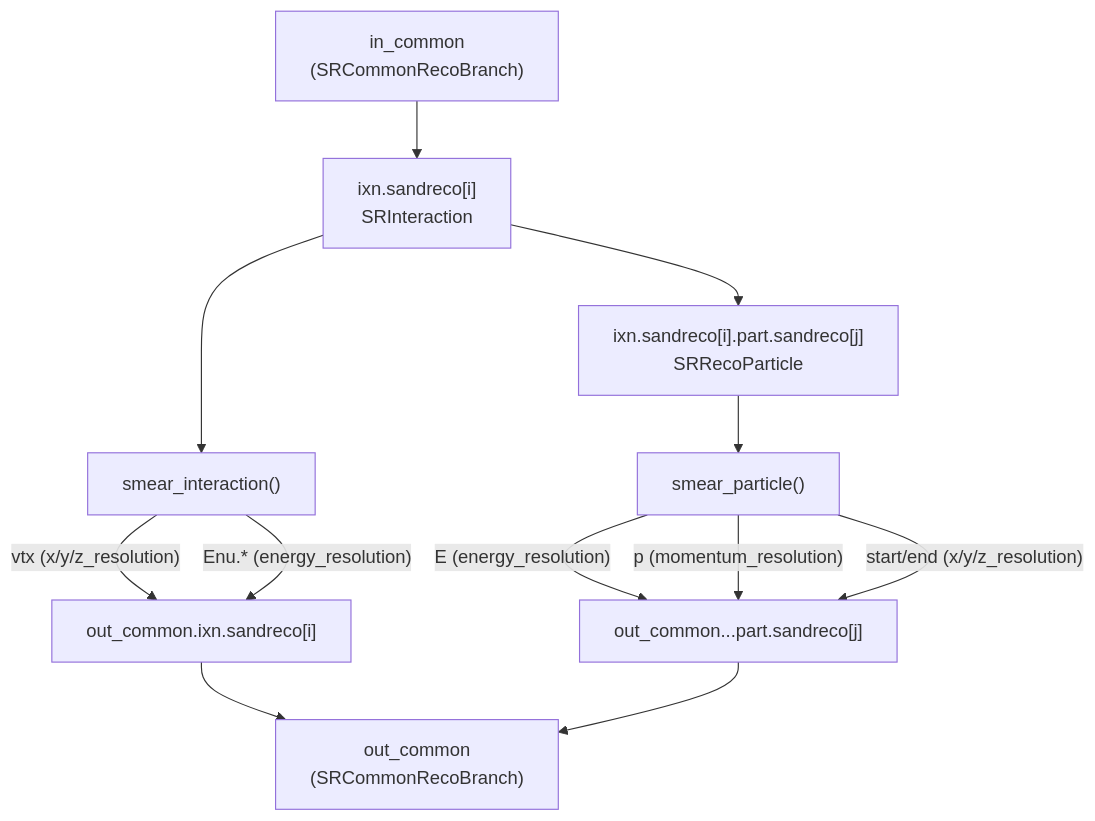
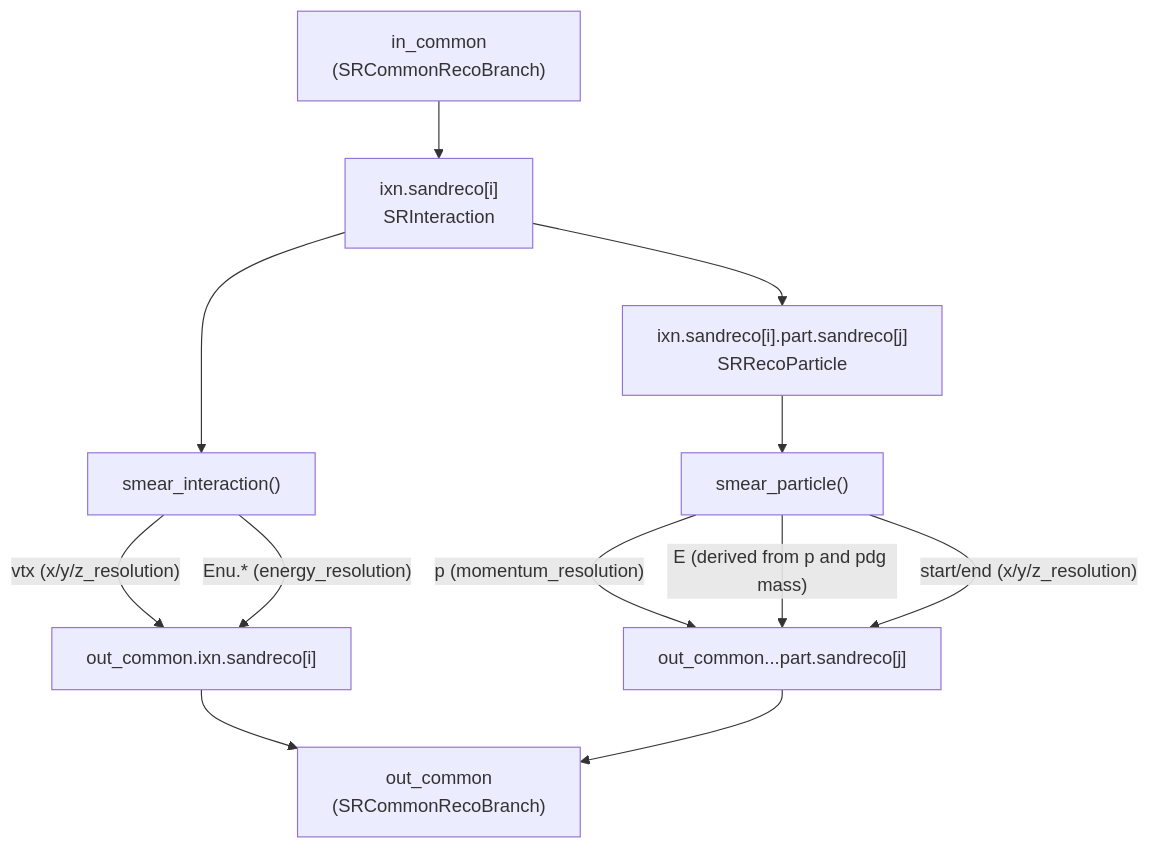
Before and after one commit to DUNE/sandreco-experimental: the diagram in src/processes/common/gauss_smearing/README.md, drawn with Mermaid. The commit also changed other lines of this file and 4 other files, not shown here.

````diff
--- a/src/processes/common/gauss_smearing/README.md
+++ b/src/processes/common/gauss_smearing/README.md
@@ -9,20 +9,20 @@
 ```mermaid
 flowchart TB
     in["in_common
 (SRCommonRecoBranch)"] --> ixn["ixn.sandreco[i]
 SRInteraction"]
     ixn --> smi["smear_interaction()"]
     smi -->|"vtx (x/y/z_resolution)"| outixn["out_common.ixn.sandreco[i]"]
     smi -->|"Enu.* (energy_resolution)"| outixn
 
     ixn --> part["ixn.sandreco[i].part.sandreco[j]
 SRRecoParticle"]
     part --> smp["smear_particle()"]
-    smp -->|"E (energy_resolution)"| outpart["out_common...part.sandreco[j]"]
-    smp -->|"p (momentum_resolution)"| outpart
+    smp -->|"p (momentum_resolution)"| outpart["out_common...part.sandreco[j]"]
+    smp -->|"E (derived from p and pdg mass)"| outpart
     smp -->|"start/end (x/y/z_resolution)"| outpart
 
     outixn --> out["out_common
 (SRCommonRecoBranch)"]
     outpart --> out
 ```
````
